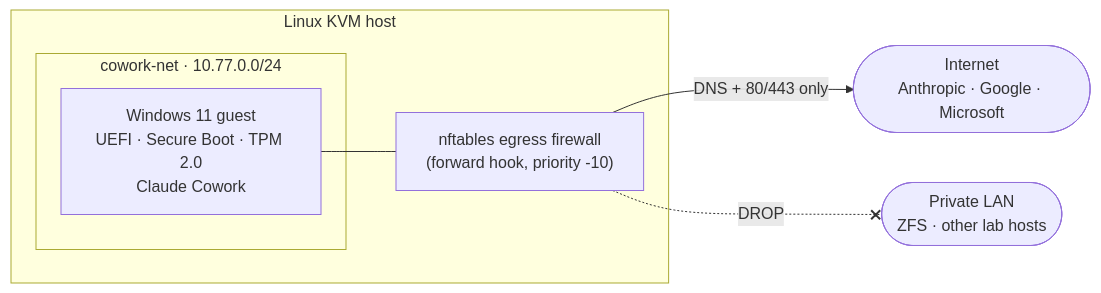
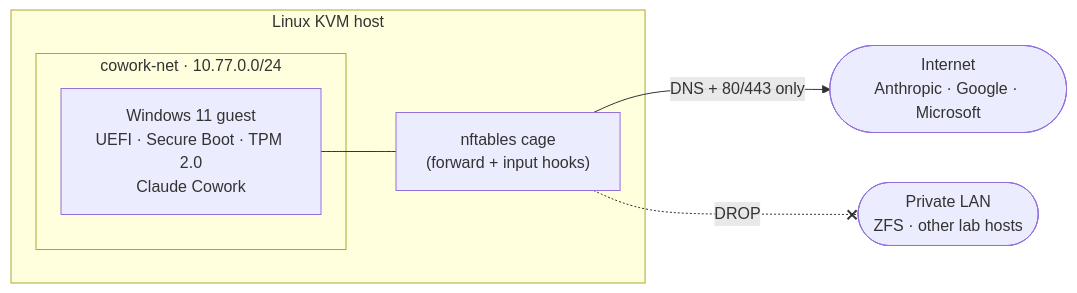
Before and after one commit to jpansarasa/win11-cowork-vm: the diagram in README.md, drawn with Mermaid. The commit also changed other lines of this file, not shown here.

````diff
--- a/README.md
+++ b/README.md
@@ -19,12 +19,12 @@
 ```mermaid
 flowchart LR
   subgraph host["Linux KVM host"]
-    fw["nftables egress firewall<br/>(forward hook, priority -10)"]
+    fw["nftables cage<br/>(forward + input hooks)"]
     subgraph net["cowork-net · 10.77.0.0/24"]
       vm["Windows 11 guest<br/>UEFI · Secure Boot · TPM 2.0<br/>Claude Cowork"]
     end
     vm --- fw
   end
   fw -- "DNS + 80/443 only" --> internet(["Internet<br/>Anthropic · Google · Microsoft"])
   fw -. "DROP" .-x lan(["Private LAN<br/>ZFS · other lab hosts"])
 ```
````
